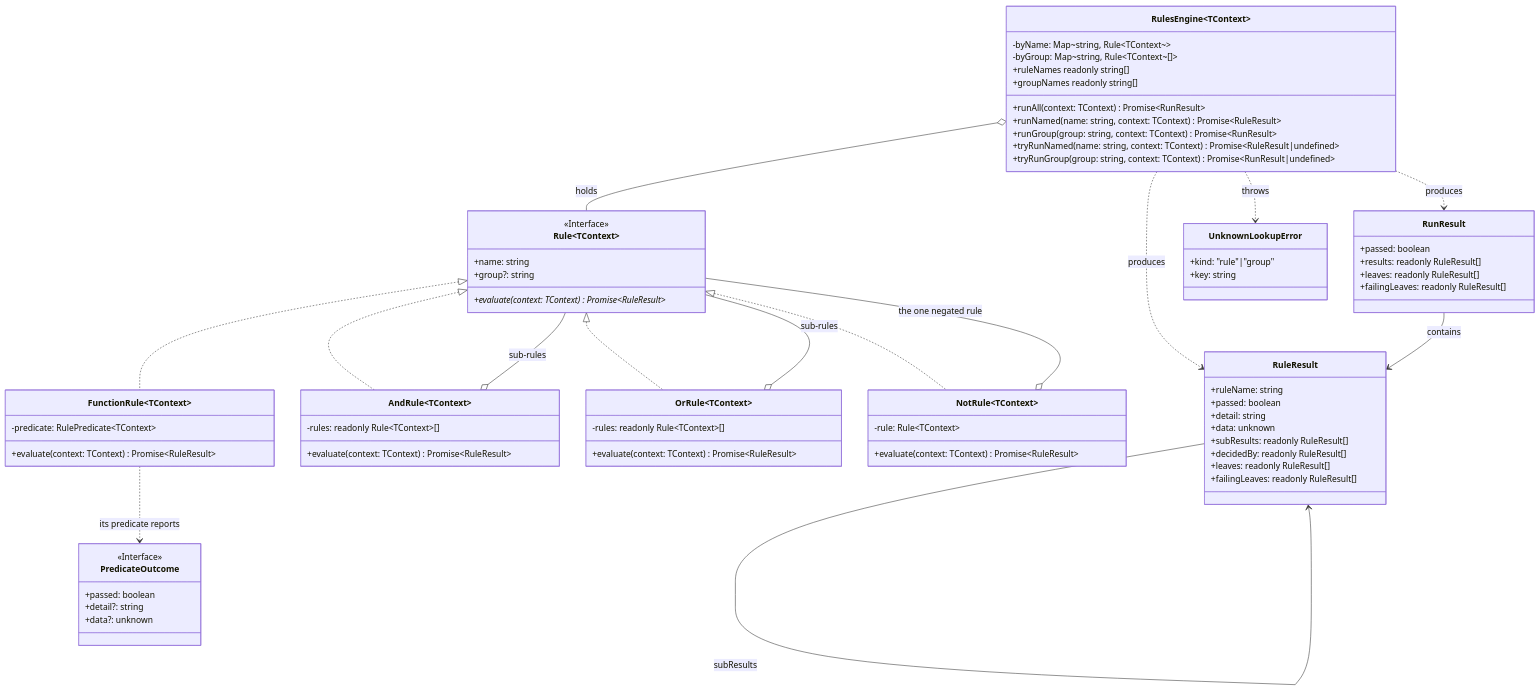
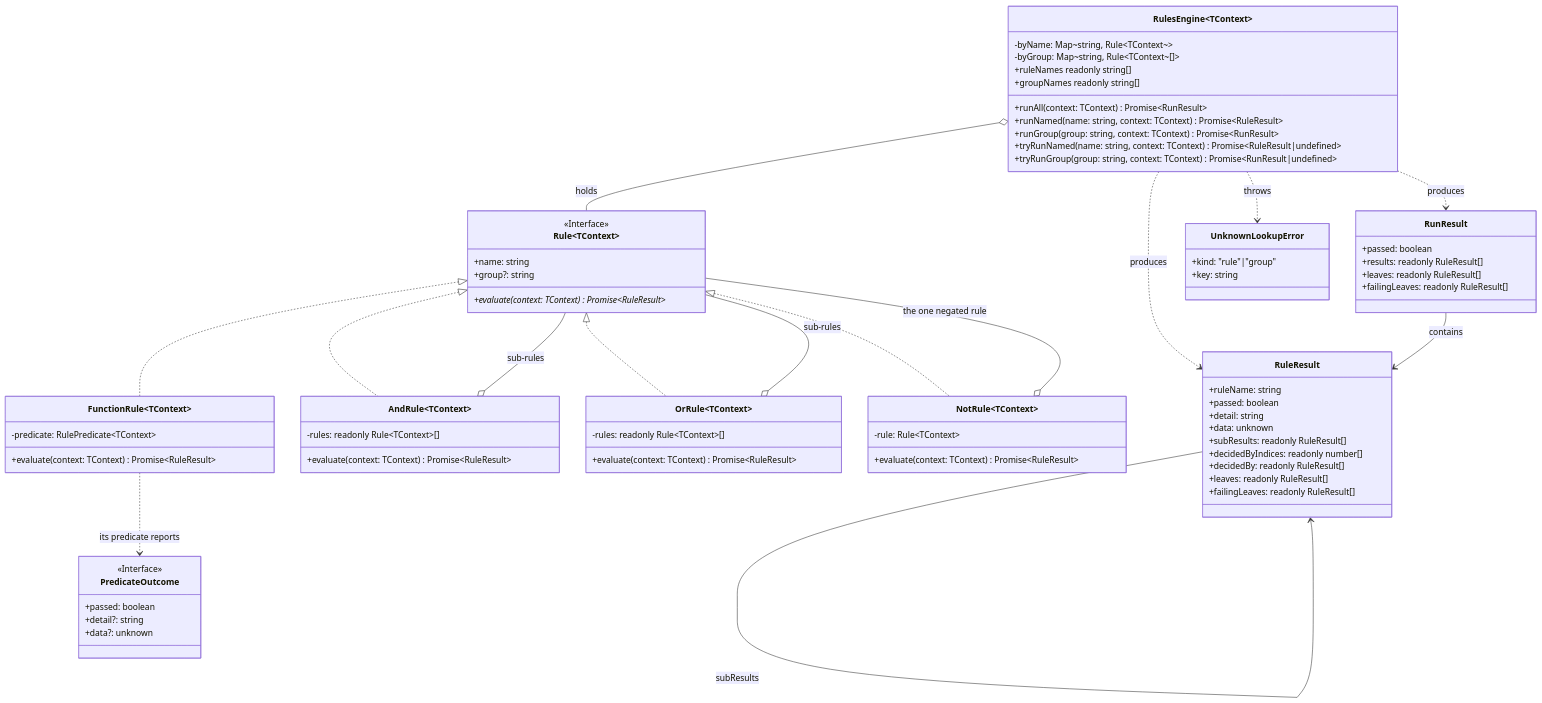
One commit to pawan-vyas/verdict-rules changed the diagram in docs/architecture/js.md. Above: the diagram before and after it, drawn with Mermaid. The commit also changed other lines of this file and 6 other files, not shown here.

````diff
--- a/docs/architecture/js.md
+++ b/docs/architecture/js.md
@@ -33,77 +33,78 @@
 ```mermaid
 classDiagram
     class Rule~TContext~ {
         <<Interface>>
         +name: string
         +group?: string
         +evaluate(context: TContext)* Promise~RuleResult~
     }
     class PredicateOutcome {
         <<Interface>>
         +passed: boolean
         +detail?: string
         +data?: unknown
     }
     class FunctionRule~TContext~ {
         -predicate: RulePredicate~TContext~
         +evaluate(context: TContext) Promise~RuleResult~
     }
     class AndRule~TContext~ {
         -rules: readonly Rule~TContext~[]
         +evaluate(context: TContext) Promise~RuleResult~
     }
     class OrRule~TContext~ {
         -rules: readonly Rule~TContext~[]
         +evaluate(context: TContext) Promise~RuleResult~
     }
     class NotRule~TContext~ {
         -rule: Rule~TContext~
         +evaluate(context: TContext) Promise~RuleResult~
     }
     class RulesEngine~TContext~ {
         -byName: Map~string, Rule~TContext~~
         -byGroup: Map~string, Rule~TContext~[]~
         +runAll(context: TContext) Promise~RunResult~
         +runNamed(name: string, context: TContext) Promise~RuleResult~
         +runGroup(group: string, context: TContext) Promise~RunResult~
         +tryRunNamed(name: string, context: TContext) Promise~RuleResult|undefined~
         +tryRunGroup(group: string, context: TContext) Promise~RunResult|undefined~
         +ruleNames readonly string[]
         +groupNames readonly string[]
     }
     class RuleResult {
         +ruleName: string
         +passed: boolean
         +detail: string
         +data: unknown
         +subResults: readonly RuleResult[]
+        +decidedByIndices: readonly number[]
         +decidedBy: readonly RuleResult[]
         +leaves: readonly RuleResult[]
         +failingLeaves: readonly RuleResult[]
     }
     class RunResult {
         +passed: boolean
         +results: readonly RuleResult[]
         +leaves: readonly RuleResult[]
         +failingLeaves: readonly RuleResult[]
     }
     class UnknownLookupError {
         +kind: "rule"|"group"
         +key: string
     }
 
     Rule <|.. FunctionRule
     Rule <|.. AndRule
     Rule <|.. OrRule
     Rule <|.. NotRule
     FunctionRule ..> PredicateOutcome : its predicate reports
     AndRule o-- Rule : sub-rules
     OrRule o-- Rule : sub-rules
     NotRule o-- Rule : the one negated rule
     RulesEngine o-- Rule : holds
     RulesEngine ..> RuleResult : produces
     RulesEngine ..> RunResult : produces
     RulesEngine ..> UnknownLookupError : throws
     RunResult --> RuleResult : contains
     RuleResult --> RuleResult : subResults
 ```
````
